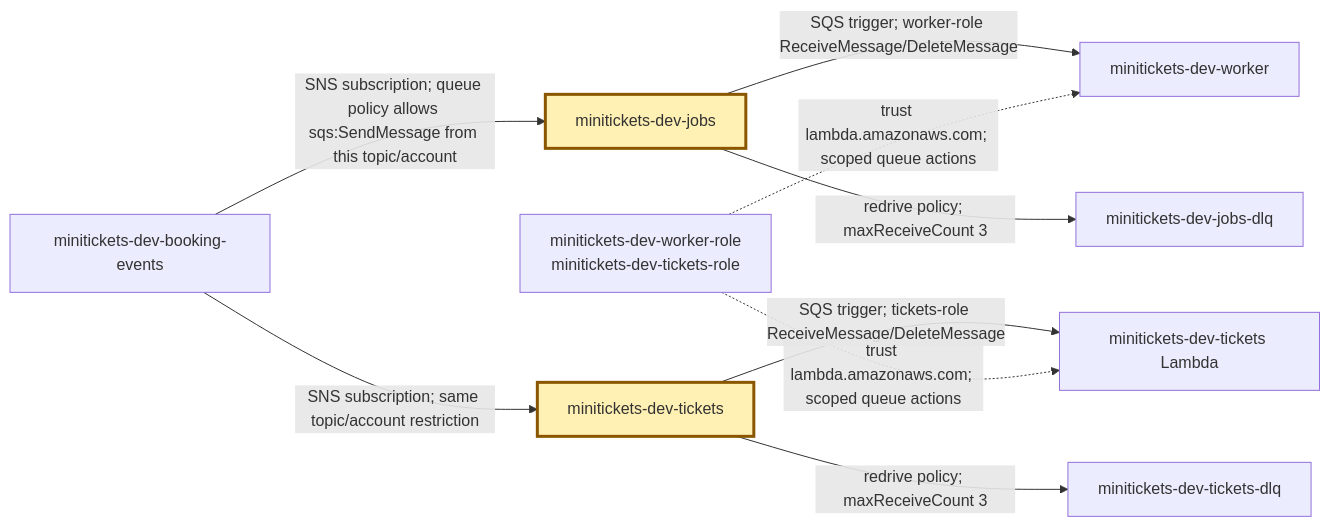
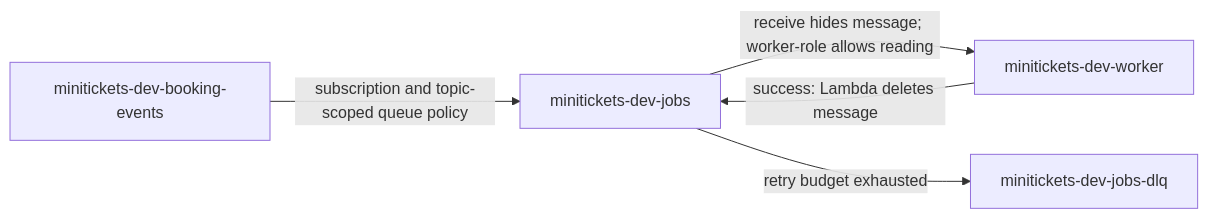
Before and after one commit to maheshnd/minitickets: the diagram in docs/handbook/concepts/sqs.md, drawn with Mermaid. The commit also changed other lines of this file and 39 other files, not shown here.

````diff
--- a/docs/handbook/concepts/sqs.md
+++ b/docs/handbook/concepts/sqs.md
@@ -14,13 +18,7 @@
 ```mermaid
 flowchart LR
-    sns["minitickets-dev-booking-events"] -->|"SNS subscription; queue policy allows sqs:SendMessage from this topic/account"| email["minitickets-dev-jobs"]
-    sns -->|"SNS subscription; same topic/account restriction"| tickets["minitickets-dev-tickets"]
-    email -->|"SQS trigger; worker-role ReceiveMessage/DeleteMessage"| worker["minitickets-dev-worker"]
-    tickets -->|"SQS trigger; tickets-role ReceiveMessage/DeleteMessage"| issuer["minitickets-dev-tickets Lambda"]
-    email -->|"redrive policy; maxReceiveCount 3"| dlq["minitickets-dev-jobs-dlq"]
-    tickets -->|"redrive policy; maxReceiveCount 3"| tdlq["minitickets-dev-tickets-dlq"]
-    roles["minitickets-dev-worker-role<br/>minitickets-dev-tickets-role"] -.->|"trust lambda.amazonaws.com; scoped queue actions"| worker
-    roles -.->|"trust lambda.amazonaws.com; scoped queue actions"| issuer
-    classDef focus fill:#fff0b3,stroke:#8a5700,stroke-width:3px
-    class email,tickets focus
+    sns["minitickets-dev-booking-events"] -->|"subscription and topic-scoped queue policy"| queue["minitickets-dev-jobs"]
+    queue -->|"receive hides message; worker-role allows reading"| worker["minitickets-dev-worker"]
+    worker -->|"success: Lambda deletes message"| queue
+    queue -->|"retry budget exhausted"| dlq["minitickets-dev-jobs-dlq"]
 ```
````
